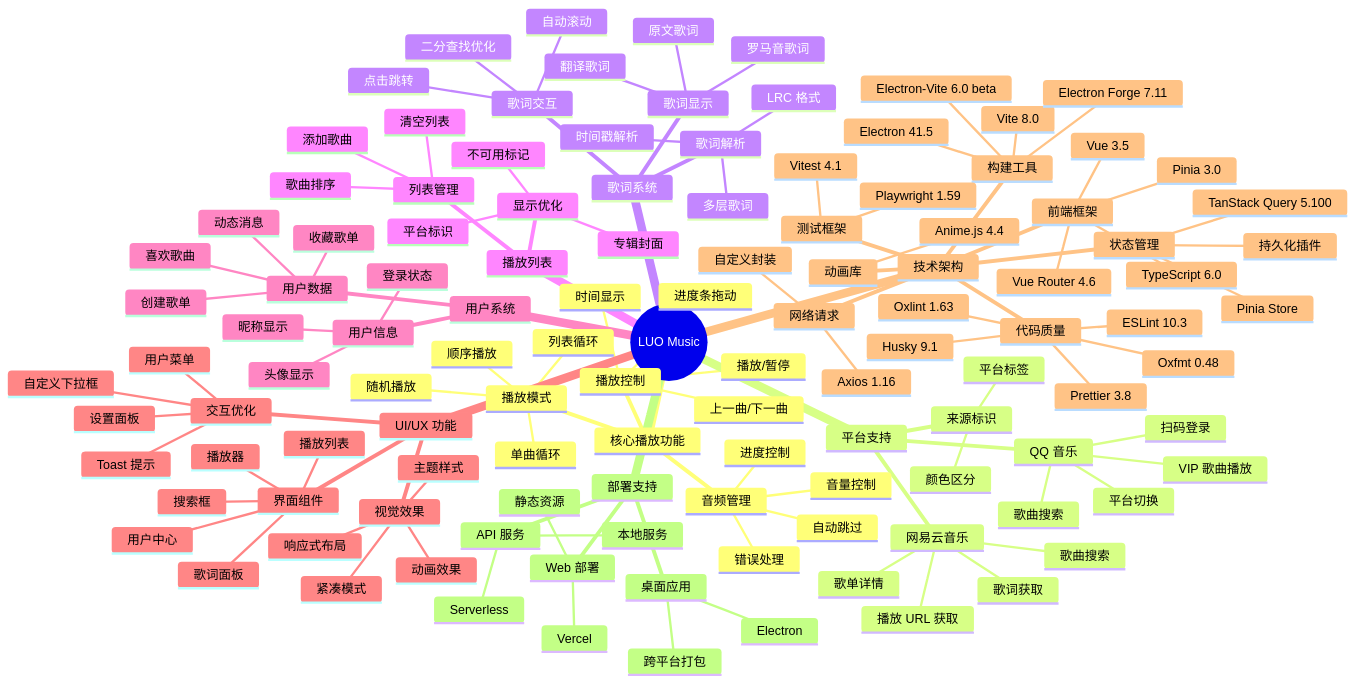
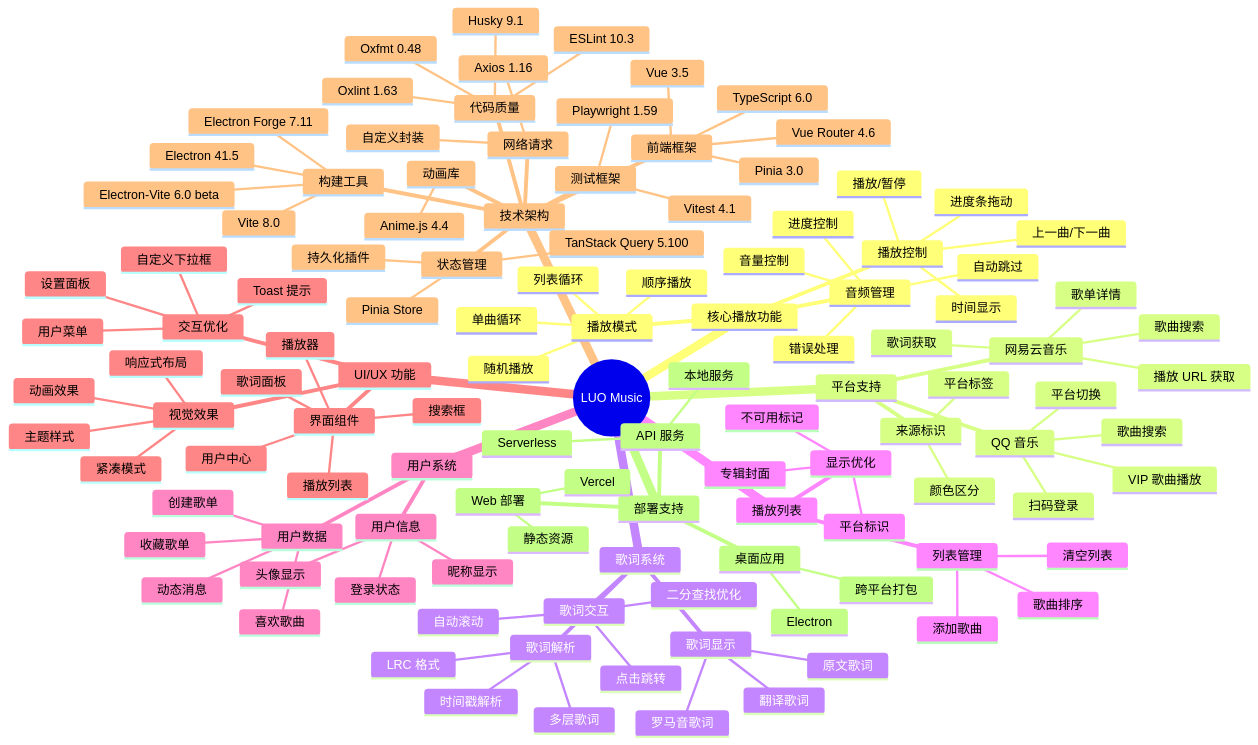
The diagram in README.md (sansenjian/Luo-Music), drawn with Mermaid before and after one commit. The commit also changed other lines of this file and 10 other files, not shown here.

```diff
--- a/README.md
+++ b/README.md
@@ -180,7 +180,6 @@
       代码质量
         Oxlint 1.63
         ESLint 10.3
-        Prettier 3.8
         Oxfmt 0.48
         Husky 9.1
       测试框架
```
